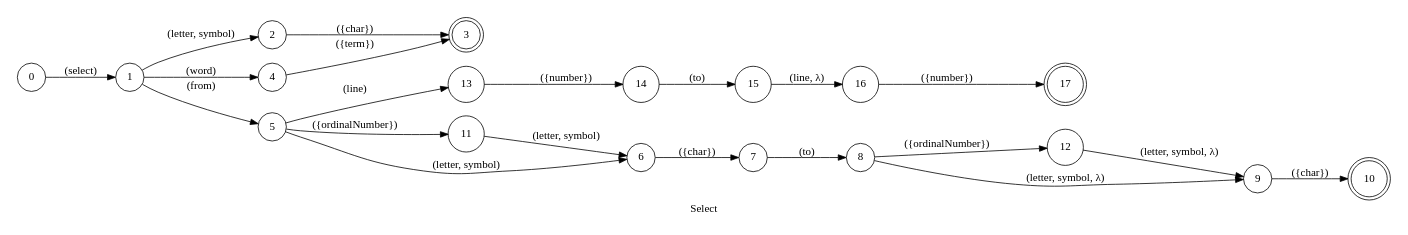
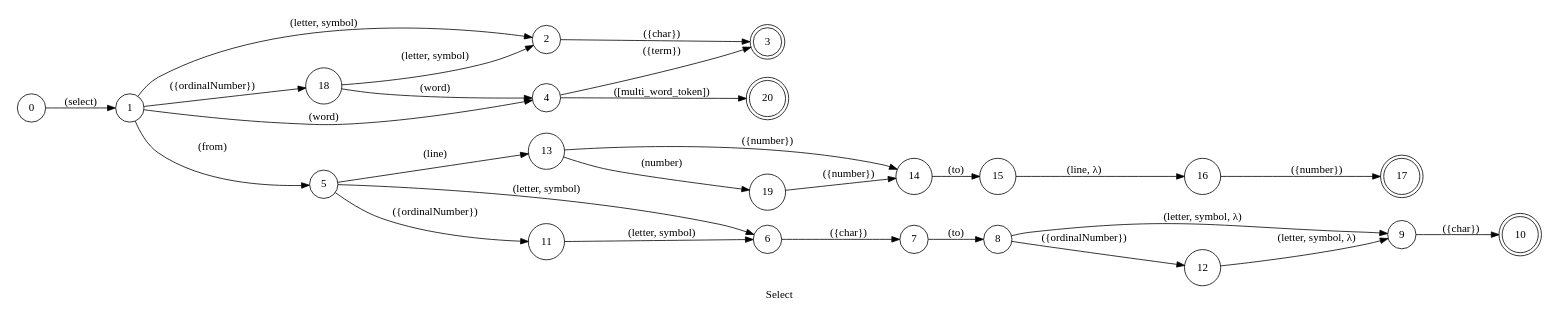
One commit to pedrooaugusto/speech-to-code changed the diagram in spoken/src/modules/typescript/select/phrase_en-US.dot. Above: the diagram before and after it, drawn with Graphviz. The commit also changed 96 other files, not shown here.

```diff
--- a/spoken/src/modules/typescript/select/phrase_en-US.dot
+++ b/spoken/src/modules/typescript/select/phrase_en-US.dot
@@ -1,32 +1,35 @@
 digraph Select {
     id="select";
     label="Select";
     lang="en-US";
     langName="English";
     pad="0.2";
     rankdir=LR;
-    node[shape=doublecircle]; 3 17 10;
+    node[shape=doublecircle]; 3 17 10 20;
     node[shape=circle];
 
     0 -> 1 [label="(select)"];
-    1 -> 2 [label="(letter, symbol)"];
+    {1 18} -> 2 [label="(letter, symbol)"];
     2 -> 3 [label="({char})", store=word];
-    1 -> 4 [label="(word)"];
+    {1 18} -> 4 [label="(word)"];
+    4 -> 20 [label="([multi_word_token])", store=word, extraArgs="{\"case\": \"camel\"}"];
     4 -> 3 [label="({term})", store=word];
     1 -> 5 [label="(from)"];
+    1 -> 18 [label="({ordinalNumber})", normalizer="ordinalNumber", store=wordPosition];
     5 -> 13 [label="(line)", store=selectLine];
-    13 -> 14 [label="({number})", store=from];
+    13 -> 19 [label="(number)"];
+    {13 19} -> 14 [label="({number})", store=from];
     14 -> 15 [label="(to)"];
     15 -> 16 [label="(line, λ)"];
     16 -> 17 [label="({number})", store=to];
     5 -> 11 [label="({ordinalNumber})", normalizer="ordinalNumber", store=fromPosition];
     {5 11} -> 6 [label="(letter, symbol)"];
     6 -> 7 [label="({char})", store=from];
     7 -> 8 [label="(to)"];
     {8 12} -> 9 [label="(letter, symbol, λ)"];
     8 -> 12 [label="({ordinalNumber})", normalizer="ordinalNumber", store=toPosition];
     9 -> 10 [label="({char})", store=to];
 
     title="Select";
     desc="Select a piece of the text in the current line";
 }
```
